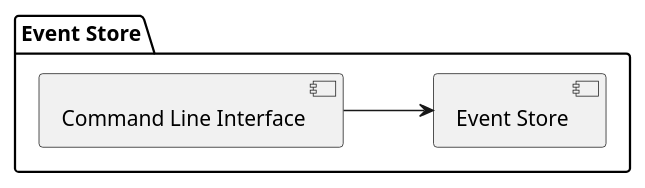
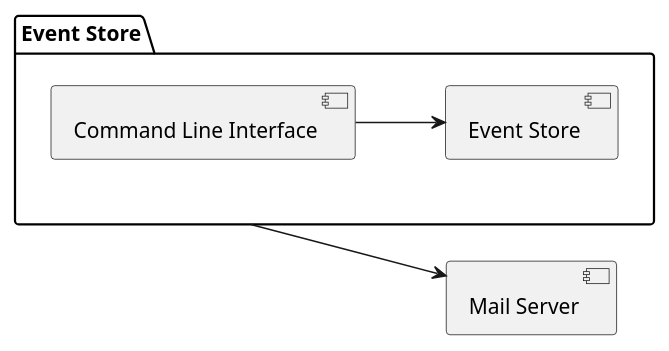
The diagram in docs/src/components.puml (david-oc-miller/event-sourcing-demo), drawn with PlantUML before and after one commit. The commit also changed 2 other files, not shown here.

Commit message:
Document the mail server's role in the architecture.

```diff
--- a/docs/src/components.puml
+++ b/docs/src/components.puml
@@ -1,12 +1,16 @@
 @startuml
 
 left to right direction
 
 package "Event Store" {
   [Event Store] as ES
   [Command Line Interface] as CLI
 }
 
+[Mail Server] as MS
+
 CLI --> ES
 
+"Event Store" --> MS
+
 @enduml
```
